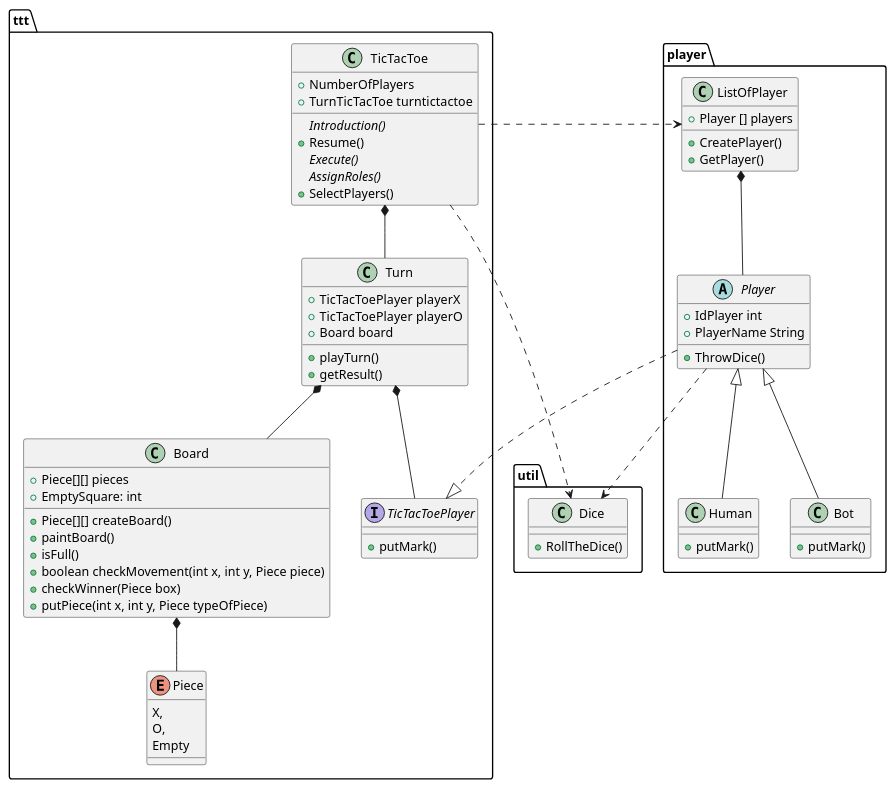
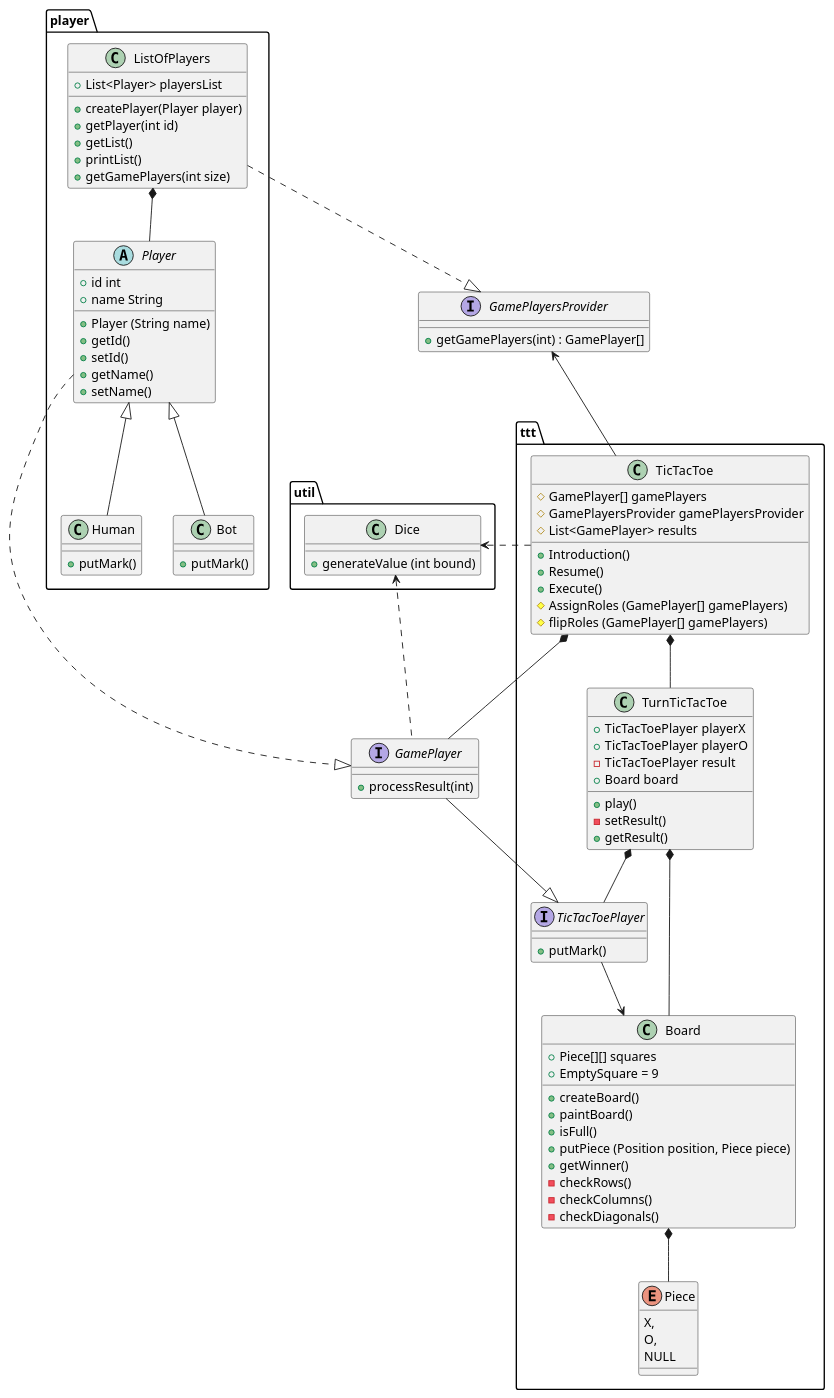
The diagram in diagrams/ClassDiagramTicTacToe.wsd (Gabs16TL/Games_Platform), drawn with PlantUML before and after one commit. The commit also changed 2 other files, not shown here.

Commit message:
Se modificaron los diagramas con respecto al código

```diff
--- a/diagrams/ClassDiagramTicTacToe.wsd
+++ b/diagrams/ClassDiagramTicTacToe.wsd
@@ -1,77 +1,108 @@
 @startuml Tictactoe
 
 package player {
     abstract class Player {
-        +IdPlayer int
-        +PlayerName String
-        +ThrowDice()
+        +id int
+        +name String
+        +Player (String name)
+        +getId()
+        +setId()
+        +getName()
+        +setName()
     }
-    Class ListOfPlayer {
-        +Player [] players
-        +CreatePlayer()
-        +GetPlayer()
+    class ListOfPlayers {
+        +List<Player> playersList
+        +createPlayer(Player player)
+        +getPlayer(int id)
+        +getList()
+        +printList()
+        +getGamePlayers(int size)
     }
     Class Human {
         +putMark()
     }
     Class Bot {
         +putMark()
     }
 }
 
+interface GamePlayer {
+    + processResult(int)
+}
+interface GamePlayersProvider {
+    + getGamePlayers(int) : GamePlayer[]
+}
+
 package util {
-    class Dice {
-        +RollTheDice()
+    class Dice{
+        +generateValue (int bound)
     }
 }
 
 package ttt {
     class TicTacToe {
-        +NumberOfPlayers
-        +TurnTicTacToe turntictactoe
-        {abstract}Introduction()
-        +Resume()
-        {abstract}Execute()
-        {abstract}AssignRoles()
-        +SelectPlayers()
+        # GamePlayer[] gamePlayers
+        # GamePlayersProvider gamePlayersProvider
+        # List<GamePlayer> results
+        + Introduction()
+        + Resume()
+        + Execute()
+        # AssignRoles (GamePlayer[] gamePlayers)
+        # flipRoles (GamePlayer[] gamePlayers)
     }
     interface TicTacToePlayer {
         +putMark()
     }
-    class Turn {
+    class TurnTicTacToe {
         +TicTacToePlayer playerX
         +TicTacToePlayer playerO
+        -TicTacToePlayer result
         +Board board
-        +playTurn()
+        +play()
+        -setResult()
         +getResult()
     }
     class Board {
-            +Piece[][] pieces
-            +EmptySquare: int
-            +Piece[][] createBoard()
-            +paintBoard()
-            +isFull()
-            +boolean checkMovement(int x, int y, Piece piece)
-            +checkWinner(Piece box)
-            +putPiece(int x, int y, Piece typeOfPiece)
-        }
+        +Piece[][] squares
+        +EmptySquare = 9
+        +createBoard()
+        +paintBoard()
+        +isFull()
+        +putPiece (Position position, Piece piece)
+        +getWinner()
+        -checkRows()
+        -checkColumns()
+        -checkDiagonals()
+    }
     Enum Piece {
         X,
         O,
-        Empty
+        NULL
     }
 }
 
-TicTacToe *-- Turn
-Turn *-- TicTacToePlayer
+TicTacToe *-- TurnTicTacToe
+TurnTicTacToe *-- TicTacToePlayer
 Board *-- Piece
-TicTacToe ..> ListOfPlayer
-ListOfPlayer *-- Player
-Turn *-- Board
-Player ..|> TicTacToePlayer
+
+ListOfPlayers *-- Player
+TurnTicTacToe *-- Board
+
+Player ..|> GamePlayer
 Player <|-- Human
 Player <|-- Bot
+
 TicTacToe ..> Dice
-Player ..> Dice
+
+TicTacToe -up-> GamePlayersProvider
+
+Dice <.. GamePlayer
+ListOfPlayers ..|> GamePlayersProvider
+
+TicTacToe *-- GamePlayer
+
+TicTacToePlayer-->Board
+
+GamePlayer --|>  TicTacToePlayer
 
 @enduml
```
